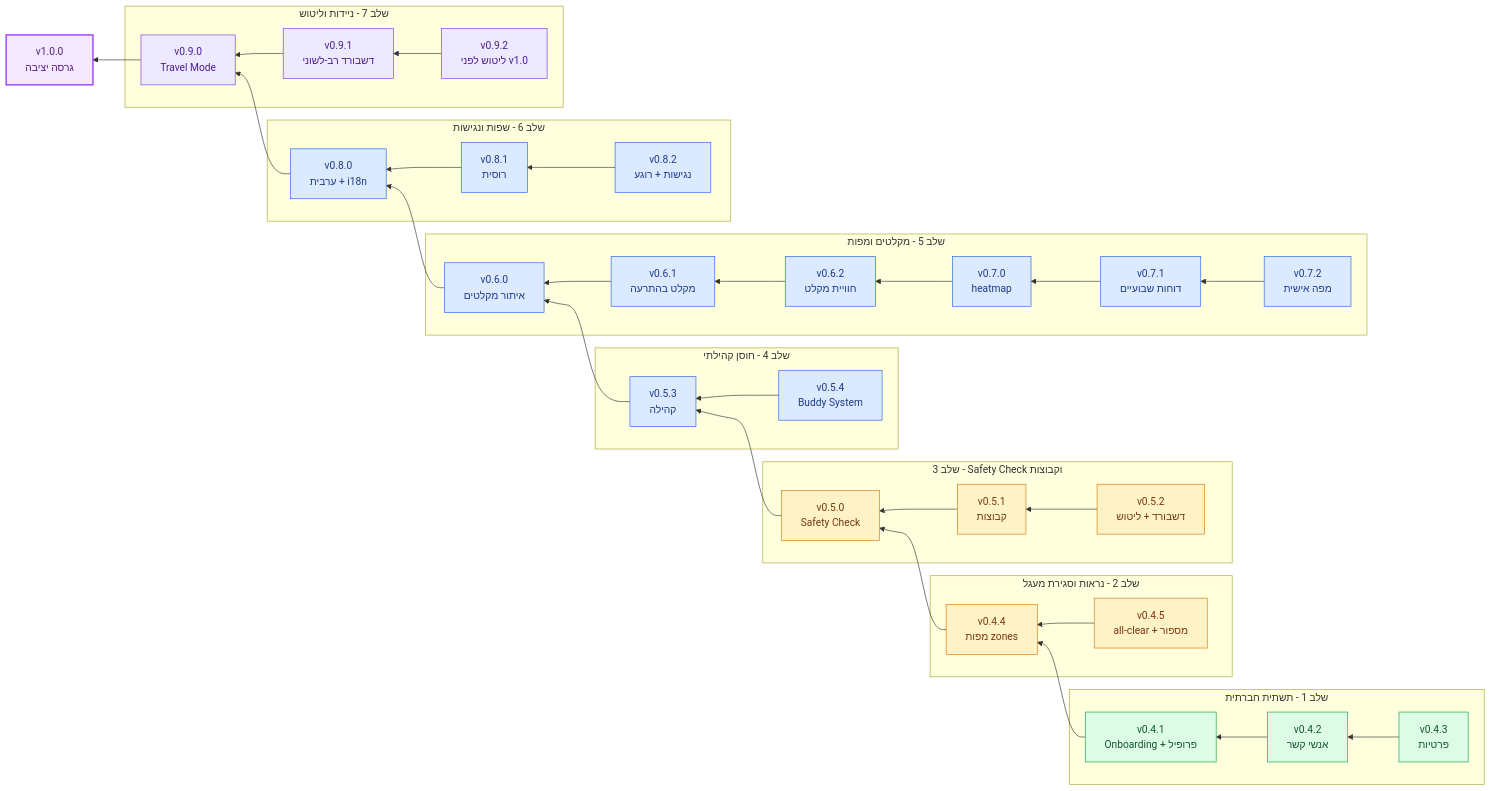
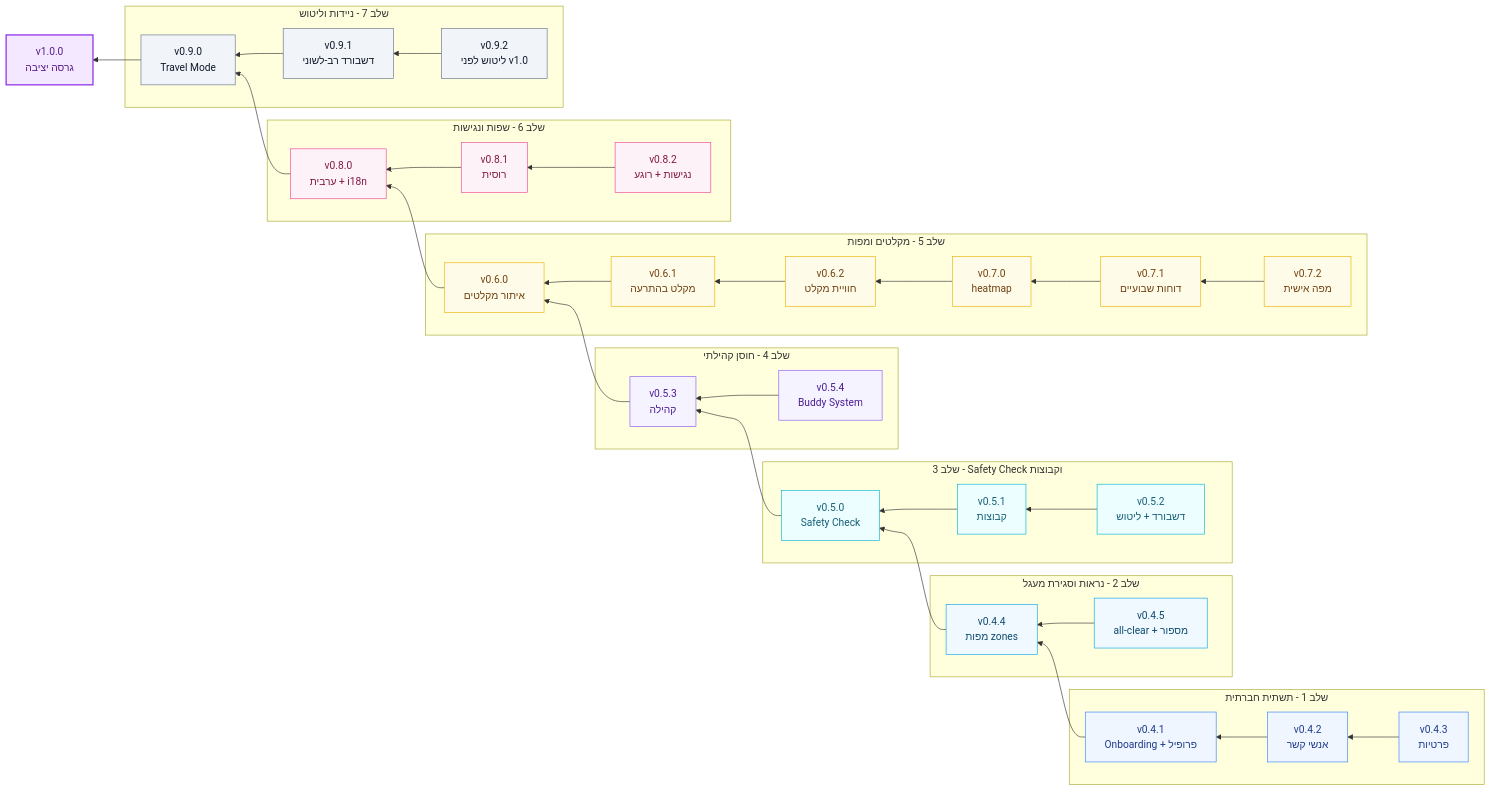
The diagram in ROADMAP.md (yonatan2021/pikud-haoref-bot), drawn with Mermaid before and after one commit. The commit also changed other lines of this file and 4 other files, not shown here.

````diff
--- a/ROADMAP.md
+++ b/ROADMAP.md
@@ -75,54 +70,57 @@
 ```mermaid
 flowchart RL
-  classDef done fill:#dcfce7,stroke:#16a34a,color:#14532d,stroke-width:1px;
-  classDef active fill:#fef3c7,stroke:#d97706,color:#78350f,stroke-width:1px;
-  classDef next fill:#dbeafe,stroke:#2563eb,color:#1e3a8a,stroke-width:1px;
-  classDef future fill:#ede9fe,stroke:#7c3aed,color:#4c1d95,stroke-width:1px;
+  classDef stage1 fill:#eff6ff,stroke:#3b82f6,color:#1e3a8a,stroke-width:1px;
+  classDef stage2 fill:#f0f9ff,stroke:#0ea5e9,color:#0c4a6e,stroke-width:1px;
+  classDef stage3 fill:#ecfeff,stroke:#06b6d4,color:#155e75,stroke-width:1px;
+  classDef stage4 fill:#f5f3ff,stroke:#8b5cf6,color:#4c1d95,stroke-width:1px;
+  classDef stage5 fill:#fefce8,stroke:#eab308,color:#713f12,stroke-width:1px;
+  classDef stage6 fill:#fdf2f8,stroke:#ec4899,color:#831843,stroke-width:1px;
+  classDef stage7 fill:#f1f5f9,stroke:#64748b,color:#0f172a,stroke-width:1px;
   classDef release fill:#f3e8ff,stroke:#9333ea,color:#581c87,stroke-width:2px;
 
   subgraph S1["שלב 1 - תשתית חברתית"]
     A3["v0.4.3<br/>פרטיות"] --> A2["v0.4.2<br/>אנשי קשר"] --> A1["v0.4.1<br/>Onboarding + פרופיל"]
   end
 
   subgraph S2["שלב 2 - נראות וסגירת מעגל"]
     B2["v0.4.5<br/>all-clear + מספור"] --> B1["v0.4.4<br/>מפות zones"]
   end
 
   subgraph S3["שלב 3 - Safety Check וקבוצות"]
     C3["v0.5.2<br/>דשבורד + ליטוש"] --> C2["v0.5.1<br/>קבוצות"] --> C1["v0.5.0<br/>Safety Check"]
   end
 
   subgraph S4["שלב 4 - חוסן קהילתי"]
     D2["v0.5.4<br/>Buddy System"] --> D1["v0.5.3<br/>קהילה"]
   end
 
   subgraph S5["שלב 5 - מקלטים ומפות"]
     E6["v0.7.2<br/>מפה אישית"] --> E5["v0.7.1<br/>דוחות שבועיים"] --> E4["v0.7.0<br/>heatmap"] --> E3["v0.6.2<br/>חוויית מקלט"] --> E2["v0.6.1<br/>מקלט בהתרעה"] --> E1["v0.6.0<br/>איתור מקלטים"]
   end
 
   subgraph S6["שלב 6 - שפות ונגישות"]
     F3["v0.8.2<br/>נגישות + רוגע"] --> F2["v0.8.1<br/>רוסית"] --> F1["v0.8.0<br/>ערבית + i18n"]
   end
 
   subgraph S7["שלב 7 - ניידות וליטוש"]
     G3["v0.9.2<br/>ליטוש לפני v1.0"] --> G2["v0.9.1<br/>דשבורד רב-לשוני"] --> G1["v0.9.0<br/>Travel Mode"]
   end
 
   H1["v1.0.0<br/>גרסה יציבה"]:::release
 
   A1 --> B1
   B1 --> C1
   C1 --> D1
   D1 --> E1
   E1 --> F1
   F1 --> G1
   G1 --> H1
 
-  class A1,A2,A3 done
-  class B1,B2 active
-  class C1,C2,C3 active
-  class D1,D2 next
-  class E1,E2,E3,E4,E5,E6 next
-  class F1,F2,F3 next
-  class G1,G2,G3 future
+  class A1,A2,A3 stage1
+  class B1,B2 stage2
+  class C1,C2,C3 stage3
+  class D1,D2 stage4
+  class E1,E2,E3,E4,E5,E6 stage5
+  class F1,F2,F3 stage6
+  class G1,G2,G3 stage7
 ```
````
